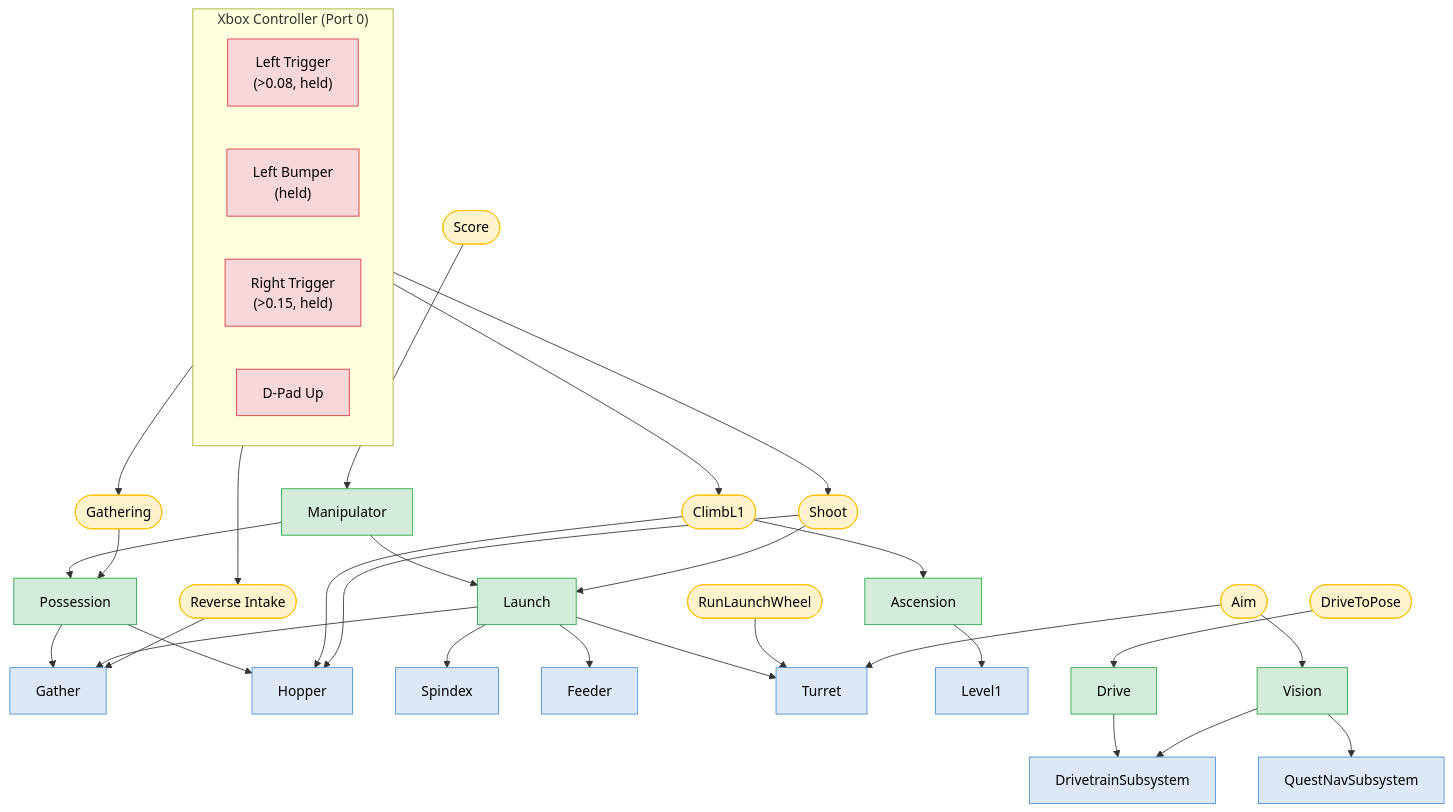
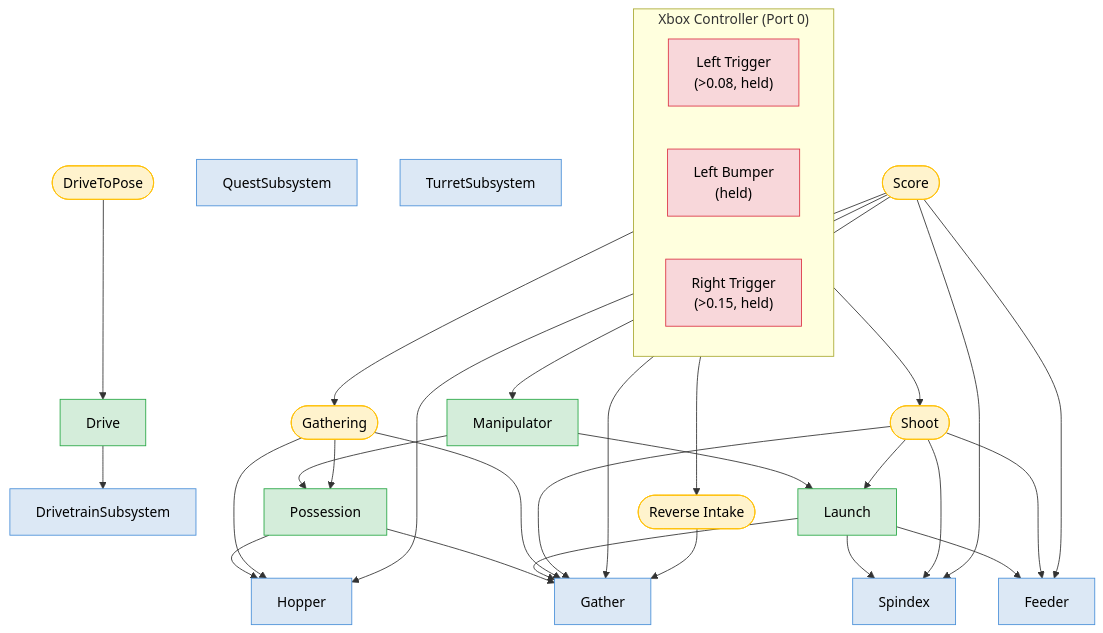
Before and after one commit to Team801Horsepower/robot-code-2026: the diagram in hierarchy.mmd, drawn with Mermaid. The commit also changed 1 other file, not shown here.

Commit message:
Fixed red and updated diagram

```diff
--- a/hierarchy.mmd
+++ b/hierarchy.mmd
@@ -1,82 +1,73 @@
 %%{init: {"theme": "default"}}%%
 graph TD
 
   subgraph Ctrl ["Xbox Controller (Port 0)"]
     direction LR
     LT["Left Trigger\n(>0.08, held)"]
     LB["Left Bumper\n(held)"]
     RT["Right Trigger\n(>0.15, held)"]
-    DPU["D-Pad Up"]
   end
 
   %% ── Leaf Subsystems ───────────────────────────────────────────
   DT[DrivetrainSubsystem]
-  QN[QuestNavSubsystem]
+  QN[QuestSubsystem]
   Gather[Gather]
   Hopper[Hopper]
   Spindex[Spindex]
   Feeder[Feeder]
-  Turret[Turret]
-  Level1[Level1]
+  Turret[TurretSubsystem]
 
   %% ── Composite Subsystems ──────────────────────────────────────
   Drive[Drive]
   Possession[Possession]
   Launch[Launch]
-  Ascension[Ascension]
   Manipulator[Manipulator]
-  Vision[Vision]
 
   %% ── Commands ──────────────────────────────────────────────────
   DriveToPose([DriveToPose])
-  RunLaunchWheel([RunLaunchWheel])
-  ClimbL1Cmd([ClimbL1])
   Gathering([Gathering])
   Shoot([Shoot])
-  AimCmd([Aim])
   Score([Score])
   ReverseIntake([Reverse Intake])
 
   %% ── Button → Command ──────────────────────────────────────────
   LT --> Gathering
   LB --> ReverseIntake
   RT --> Shoot
-  DPU --> ClimbL1Cmd
 
   %% ── Composite → Leaf composition ─────────────────────────────
   Drive --> DT
-  Vision --> QN
-  Vision --> DT
   Possession --> Hopper
   Possession --> Gather
   Launch --> Spindex
   Launch --> Feeder
-  Launch --> Turret
   Launch --> Gather
-  Ascension --> Level1
   Manipulator --> Possession
   Manipulator --> Launch
 
   %% ── Commands → Subsystem requirements ────────────────────────
   DriveToPose --> Drive
-  RunLaunchWheel --> Turret
-  ClimbL1Cmd --> Hopper
-  ClimbL1Cmd --> Ascension
   Gathering --> Possession
+  Gathering --> Gather
+  Gathering --> Hopper
   Shoot --> Launch
-  Shoot --> Hopper
-  AimCmd --> Vision
-  AimCmd --> Turret
+  Shoot --> Gather
+  Shoot --> Spindex
+  Shoot --> Feeder
   Score --> Manipulator
+  Score --> Gather
+  Score --> Hopper
+  Score --> Spindex
+  Score --> Feeder
   ReverseIntake --> Gather
 
   %% ── Styling ───────────────────────────────────────────────────
   classDef leaf      fill:#dce8f5,stroke:#4a90d9,color:#000;
   classDef composite fill:#d4edda,stroke:#28a745,color:#000;
   classDef command   fill:#fff3cd,stroke:#ffc107,color:#000;
   classDef button    fill:#f8d7da,stroke:#dc3545,color:#000;
 
-  class DT,QN,Gather,Hopper,Spindex,Feeder,Turret,Level1 leaf;
-  class Drive,Possession,Launch,Ascension,Manipulator,Vision composite;
-  class DriveToPose,RunLaunchWheel,ClimbL1Cmd,Gathering,Shoot,AimCmd,Score,ReverseIntake command;
-  class LT,LB,RT,DPU button;
+  class DT,QN,Gather,Hopper,Spindex,Feeder,Turret leaf;
+  class Drive,Possession,Launch,Manipulator composite;
+  class DriveToPose,Gathering,Shoot,Score,ReverseIntake command;
+  class LT,LB,RT button;
```
